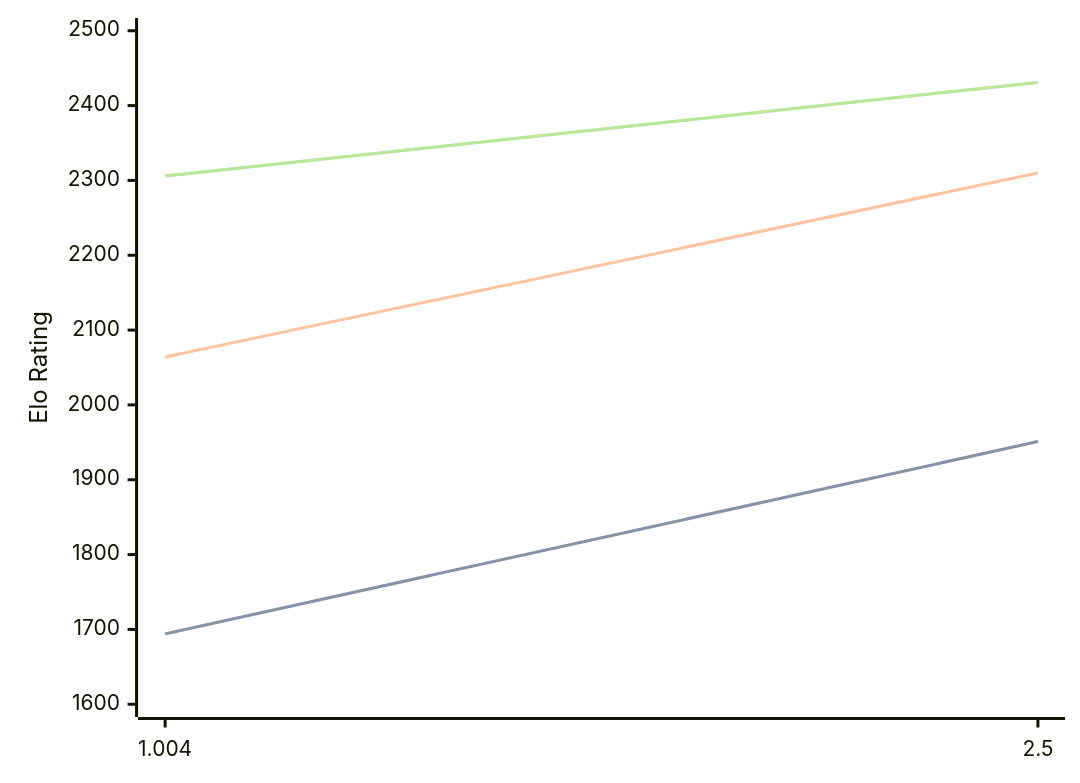
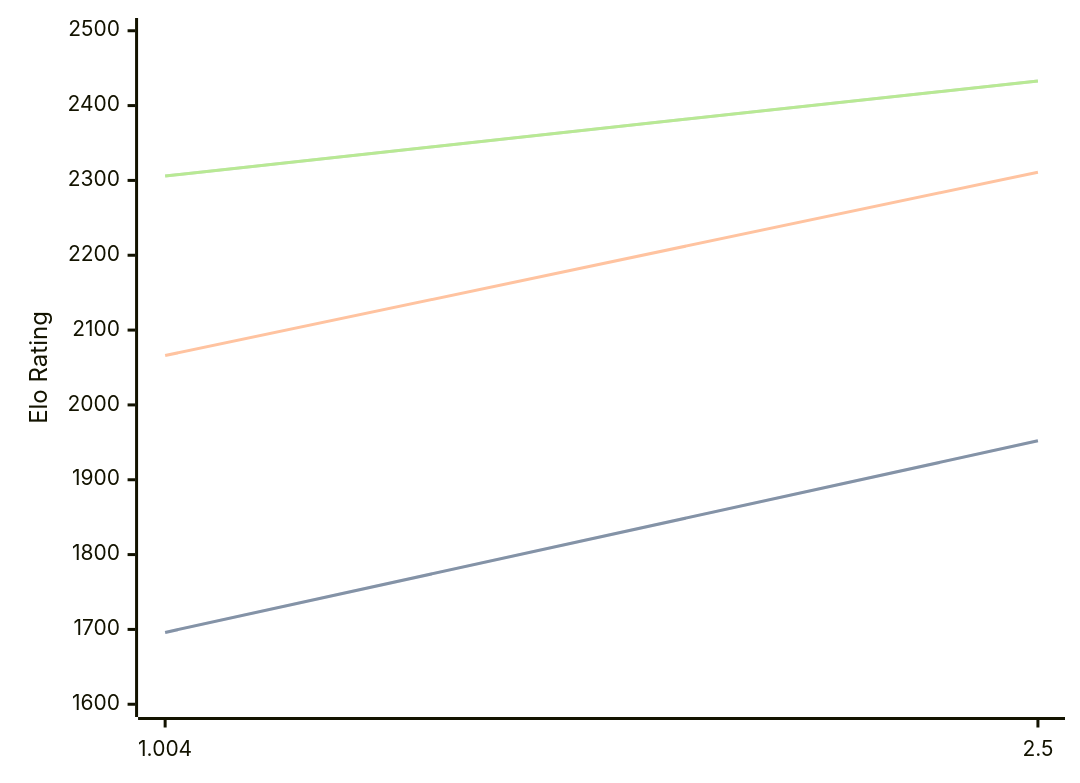
One commit to computer-chess-index/cci changed the diagram in engines/Ares.md. Above: the diagram before and after it, drawn with Mermaid. The commit also changed other lines of this file, not shown here.

Commit message:
Update CCI Ratings (ELO VLTC) - 2026-07-24

````diff
--- a/engines/Ares.md
+++ b/engines/Ares.md
@@ -32,11 +32,11 @@
 ```mermaid
 %%{init: {"theme":"base","themeVariables":{"seriesColors:['#a3a3a3','#222221','#faa371']}}}%%
 xychart-beta
   x-axis ["1.004", "2.5"]
   y-axis "Elo Rating" 1600 --> 2500
-  line "STC (8.0+0.08s)" [1694, 1951]
-  line "STC (8.0+0.08s)" [1694, 1951]
-  line "LTC (60.0+0.60s)" [2064, 2310]
-  line "VLTC (2m24s+1.12s)" [2306, 2431]
-  line "VLTC (2m24s+1.12s)" [2306, 2431]
+  line "STC (8.0+0.08s)" [1696, 1952]
+  line "STC (8.0+0.08s)" [1696, 1952]
+  line "LTC (60.0+0.60s)" [2066, 2311]
+  line "VLTC (2m24s+1.12s)" [2306, 2433]
+  line "VLTC (2m24s+1.12s)" [2306, 2433]
 ```
````
